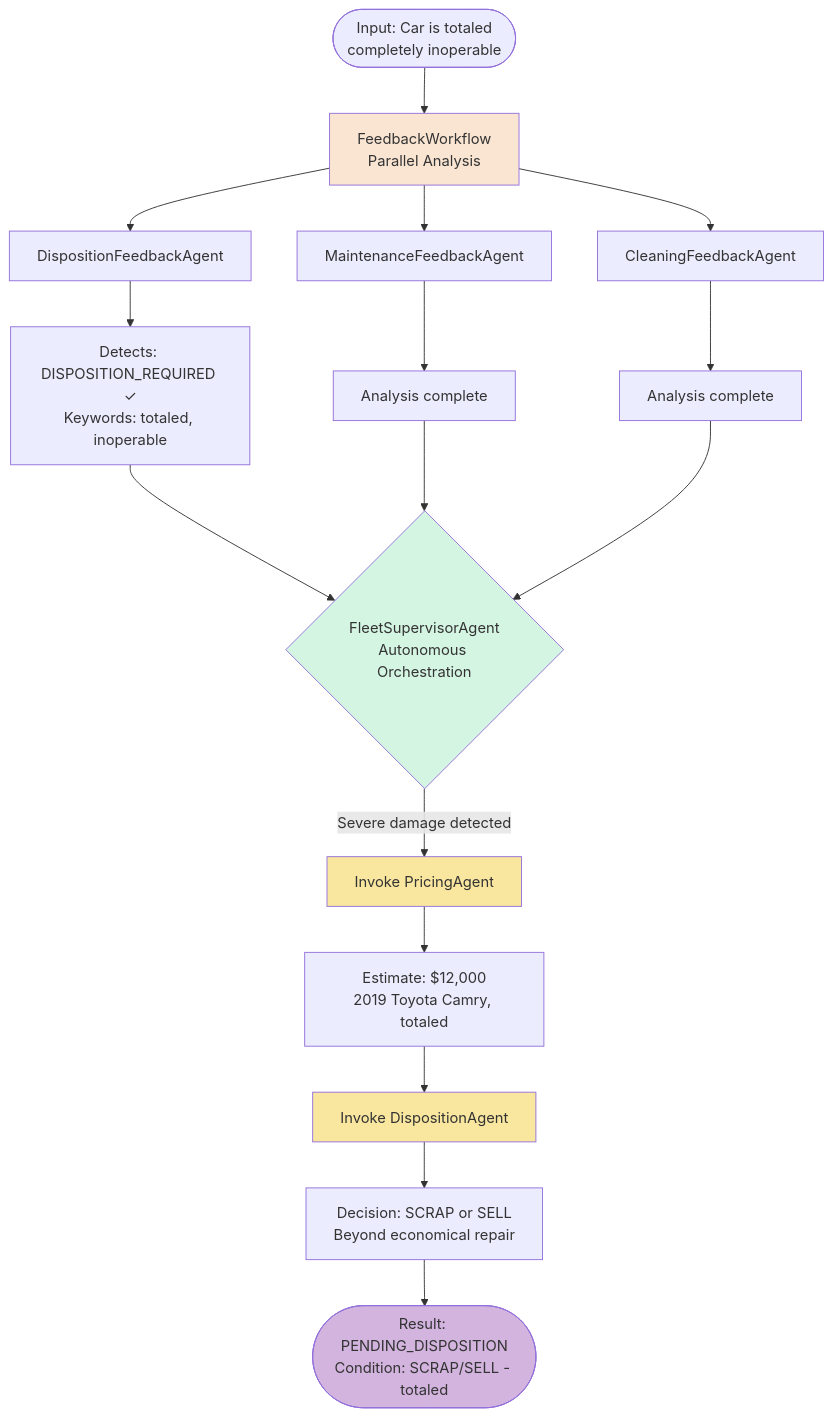
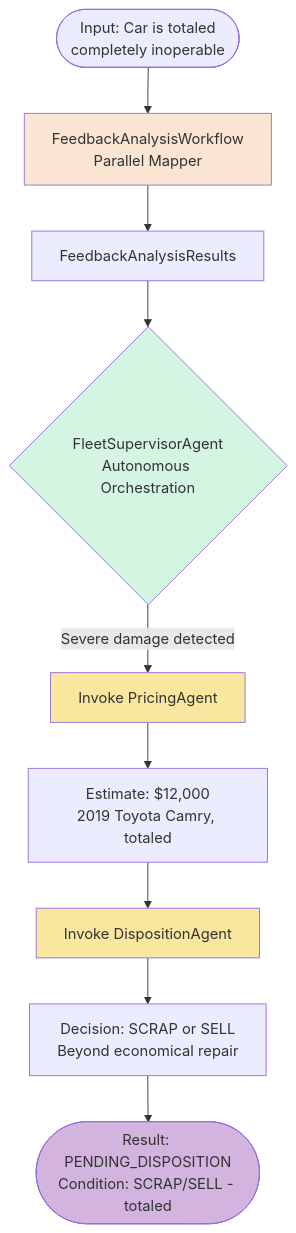
The third of 5 diagrams in docs/docs/section-2/step-04.md (quarkusio/quarkus-workshop-langchain4j), drawn with Mermaid before and after one commit. The commit also changed other lines of this file and 63 other files, not shown here.

First line of the commit message:
WIP: create single analysis agent with multiple parameters (#281)

````diff
--- a/docs/docs/section-2/step-04.md
+++ b/docs/docs/section-2/step-04.md
@@ -428,30 +509,20 @@
 ```mermaid
 flowchart TD
     Start([Input: Car is totaled<br/>completely inoperable])
-    
-    Start --> FW[FeedbackWorkflow<br/>Parallel Analysis]
-    
-    FW --> DFA[DispositionFeedbackAgent]
-    FW --> MFA[MaintenanceFeedbackAgent]
-    FW --> CFA[CleaningFeedbackAgent]
-    
-    DFA --> DR[Detects: DISPOSITION_REQUIRED ✓<br/>Keywords: totaled, inoperable]
-    MFA --> MR[Analysis complete]
-    CFA --> CR[Analysis complete]
-    
-    DR --> FSA{FleetSupervisorAgent<br/>Autonomous Orchestration}
-    MR --> FSA
-    CR --> FSA
-    
+
+    Start --> FW[FeedbackAnalysisWorkflow<br/>Parallel Mapper]
+    FW --> Results[FeedbackAnalysisResults]
+    Results --> FSA{FleetSupervisorAgent<br/>Autonomous Orchestration}
+
     FSA -->|Severe damage detected| PA[Invoke PricingAgent]
     PA --> PV[Estimate: $12,000<br/>2019 Toyota Camry, totaled]
     PV --> DA[Invoke DispositionAgent]
     DA --> DD[Decision: SCRAP or SELL<br/>Beyond economical repair]
     DD --> Result([Result: PENDING_DISPOSITION<br/>Condition: SCRAP/SELL - totaled])
-    
+
     style FW fill:#FAE5D3
     style FSA fill:#D5F5E3
     style PA fill:#F9E79F
     style DA fill:#F9E79F
     style Result fill:#D2B4DE
 ```
````
